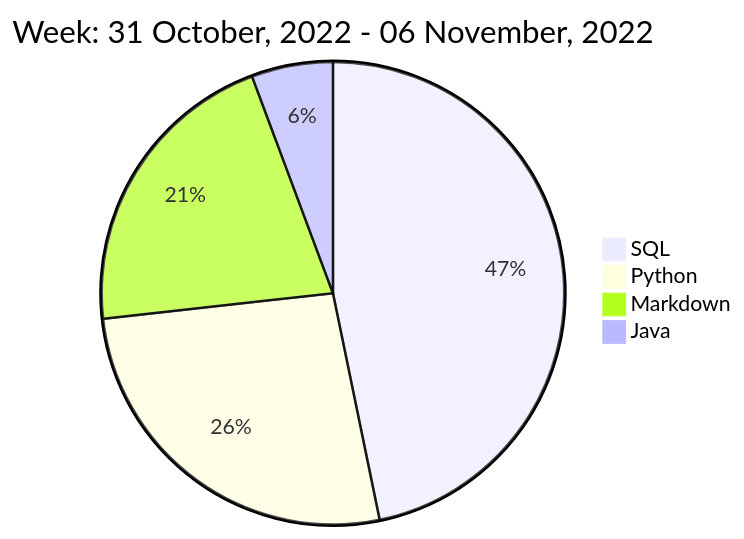
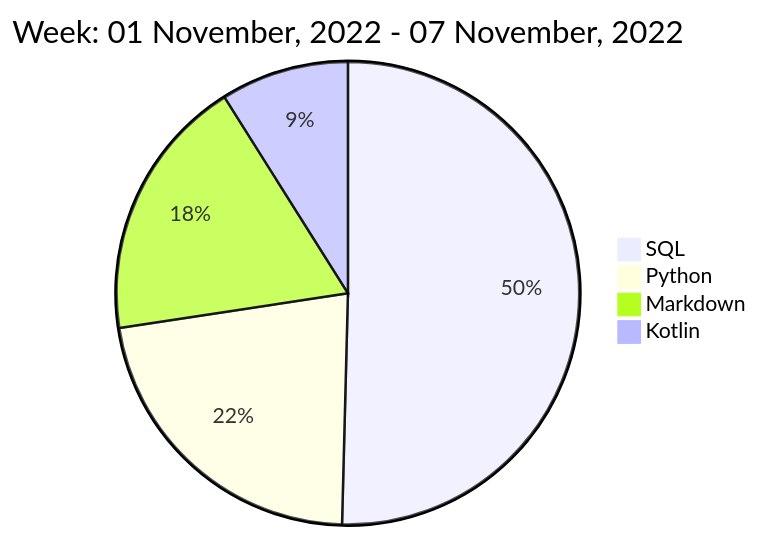
One commit to liubin95/liubin95 changed the diagram in README.md. Above: the diagram before and after it, drawn with Mermaid.

Commit message:
Updated the Graph with new Metrics

````diff
--- a/README.md
+++ b/README.md
@@ -40,8 +40,8 @@
 ```mermaid
  pie
-title Week: 31 October, 2022 - 06 November, 2022
- "SQL" : 4.77
- "Python" : 2.7
- "Markdown" : 2.15
- "Java" : 0.58
+title Week: 01 November, 2022 - 07 November, 2022
+ "SQL" : 6.2
+ "Python" : 2.73
+ "Markdown" : 2.27
+ "Kotlin" : 1.1
 ```
````
